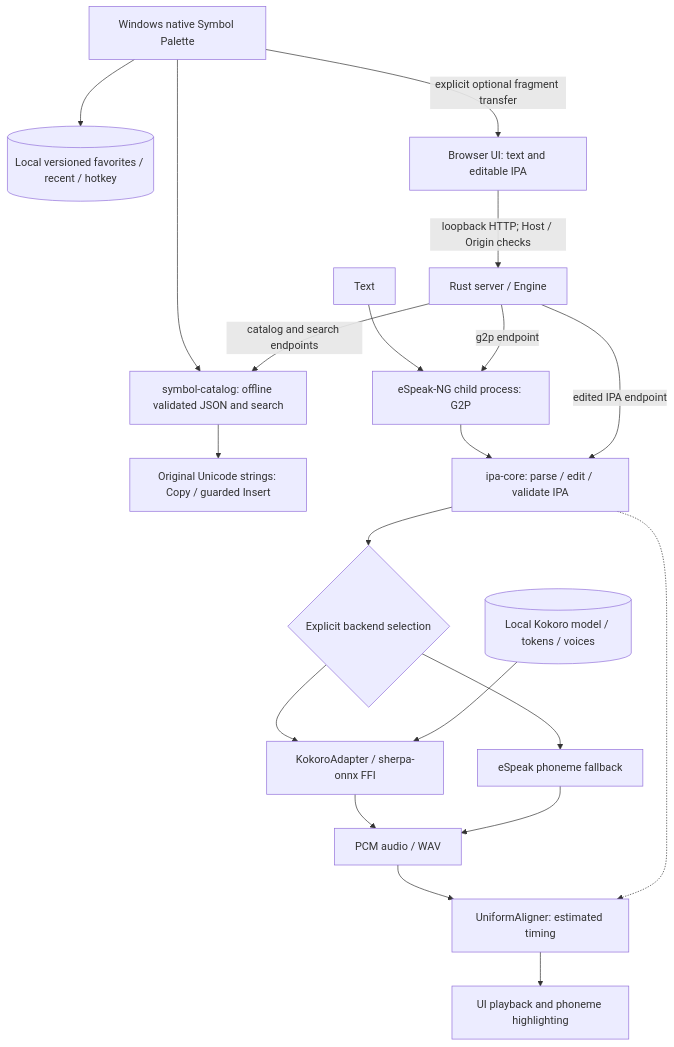
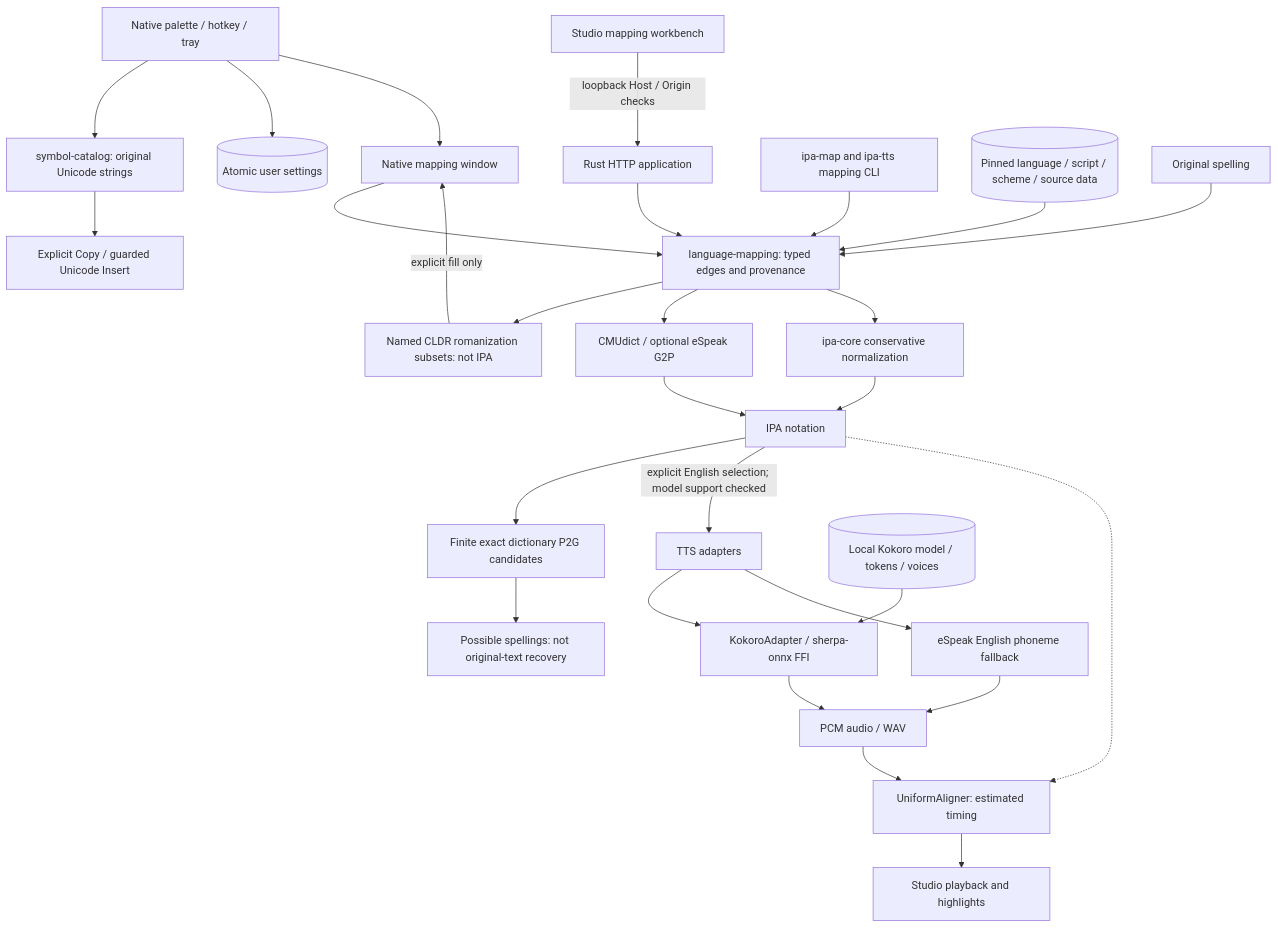
The diagram in README.md (styayur/ipa-first-tts), drawn with Mermaid before and after one commit. The commit also changed other lines of this file and 76 other files, not shown here.

First line of the commit message:
Add sourced multilingual language mapping and v0.3 alpha interfaces (#4)

````diff
--- a/README.md
+++ b/README.md
@@ -95,22 +140,30 @@
 ```mermaid
 flowchart TB
-  Palette[Windows native Symbol Palette] --> Catalog[symbol-catalog: offline validated JSON and search]
-  Catalog --> Unicode[Original Unicode strings: Copy / guarded Insert]
-  Palette --> Settings[(Local versioned favorites / recent / hotkey)]
-  Palette -->|explicit optional fragment transfer| UI
-  Server -->|catalog and search endpoints| Catalog
-  UI[Browser UI: text and editable IPA] -->|loopback HTTP; Host / Origin checks| Server[Rust server / Engine]
-  Text[Text] --> G2P[eSpeak-NG child process: G2P]
-  G2P --> IPA[ipa-core: parse / edit / validate IPA]
-  Server -->|g2p endpoint| G2P
-  Server -->|edited IPA endpoint| IPA
-  IPA --> Backend{Explicit backend selection}
+  Palette[Native palette / hotkey / tray] --> Catalog[symbol-catalog: original Unicode strings]
+  Catalog --> Input[Explicit Copy / guarded Unicode Insert]
+  Palette --> Settings[(Atomic user settings)]
+  Palette --> MappingUI[Native mapping window]
+  Studio[Studio mapping workbench] -->|loopback Host / Origin checks| Server[Rust HTTP application]
+  CLI[ipa-map and ipa-tts mapping CLI] --> Mapping[language-mapping: typed edges and provenance]
+  MappingUI --> Mapping
+  Server --> Mapping
+  Registry[(Pinned language / script / scheme / source data)] --> Mapping
+  Orthography[Original spelling] --> Mapping
+  Mapping --> Romanization[Named CLDR romanization subsets: not IPA]
+  Mapping --> Dictionary[CMUdict / optional eSpeak G2P]
+  Dictionary --> IPA[IPA notation]
+  IPA --> P2G[Finite exact dictionary P2G candidates]
+  P2G --> Spellings[Possible spellings: not original-text recovery]
+  Mapping --> Normalize[ipa-core conservative normalization]
+  Normalize --> IPA
+  Romanization -->|explicit fill only| MappingUI
+  IPA -->|explicit English selection; model support checked| Backend[TTS adapters]
   Backend --> Kokoro[KokoroAdapter / sherpa-onnx FFI]
-  Backend --> Espeak[eSpeak phoneme fallback]
+  Backend --> Espeak[eSpeak English phoneme fallback]
   Models[(Local Kokoro model / tokens / voices)] --> Kokoro
   Kokoro --> Audio[PCM audio / WAV]
   Espeak --> Audio
   Audio --> Align[UniformAligner: estimated timing]
   IPA -.-> Align
-  Align --> Result[UI playback and phoneme highlighting]
+  Align --> Playback[Studio playback and highlights]
 ```
````
